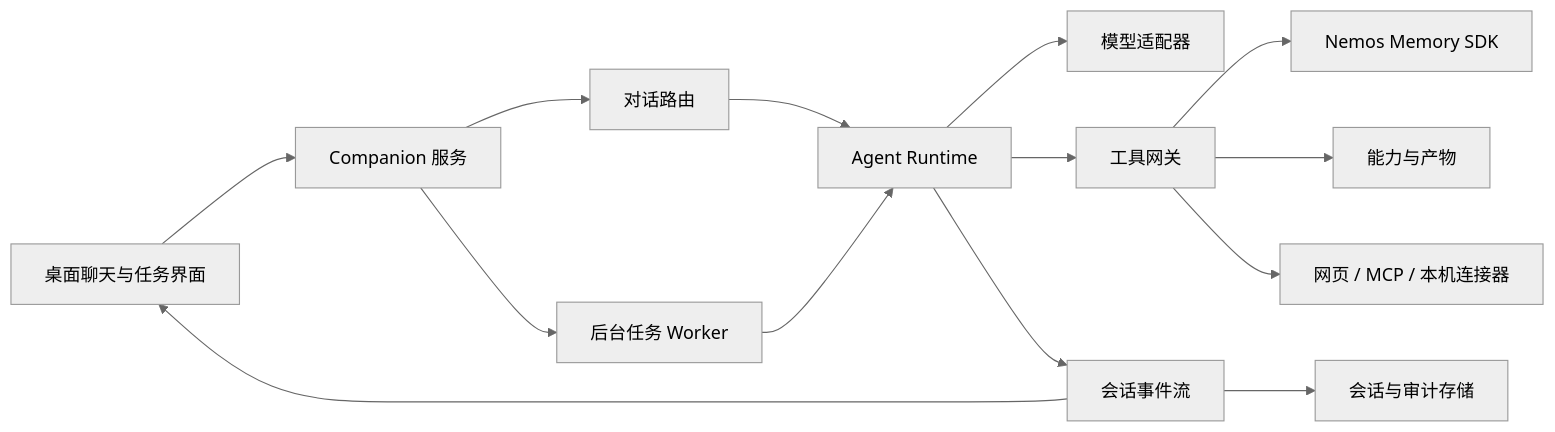
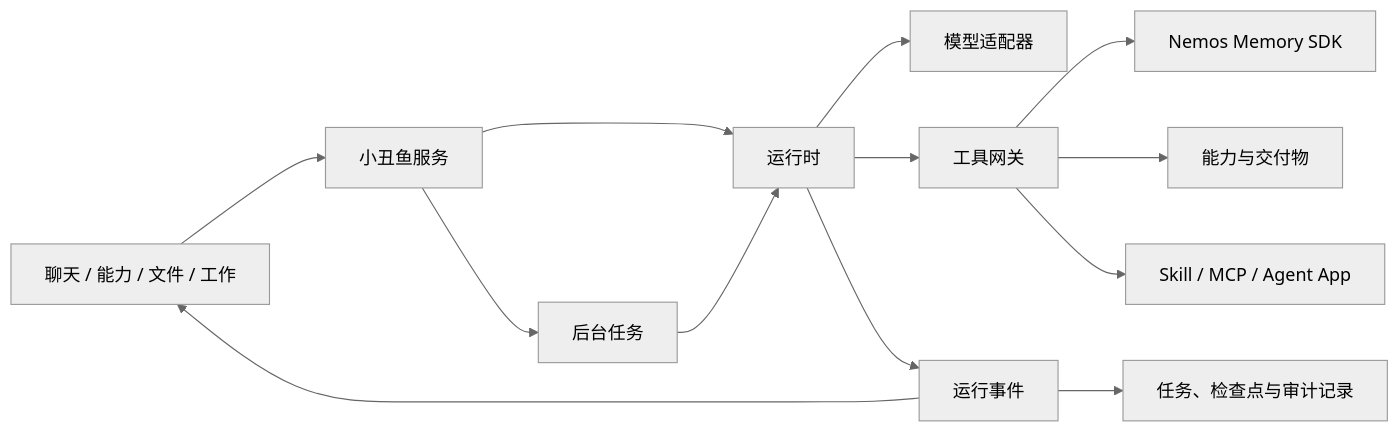
One commit to mmlong818/nemos changed the diagram in sdk/typescript/examples/companion/docs/agent-runtime-design.md. Above: the diagram before and after it, drawn with Mermaid (neutral theme). The commit also changed other lines of this file and 27 other files, not shown here.

````diff
--- a/sdk/typescript/examples/companion/docs/agent-runtime-design.md
+++ b/sdk/typescript/examples/companion/docs/agent-runtime-design.md
@@ -31,16 +16,15 @@
 ```mermaid
 flowchart LR
-  UI[桌面聊天与任务界面] --> API[Companion 服务]
-  API --> Router[对话路由]
-  Router --> Runtime[Agent Runtime]
+  UI[聊天 / 能力 / 文件 / 工作] --> API[小丑鱼服务]
+  API --> Runtime[运行时]
   Runtime --> Model[模型适配器]
   Runtime --> Gateway[工具网关]
   Gateway --> Memory[Nemos Memory SDK]
-  Gateway --> Capability[能力与产物]
-  Gateway --> Connector[网页 / MCP / 本机连接器]
-  Runtime --> Events[会话事件流]
+  Gateway --> Capability[能力与交付物]
+  Gateway --> Extension[Skill / MCP / Agent App]
+  Runtime --> Events[运行事件]
   Events --> UI
-  Events --> Store[会话与审计存储]
-  API --> Worker[后台任务 Worker]
+  Events --> Store[任务、检查点与审计记录]
+  API --> Worker[后台任务]
   Worker --> Runtime
 ```
````
